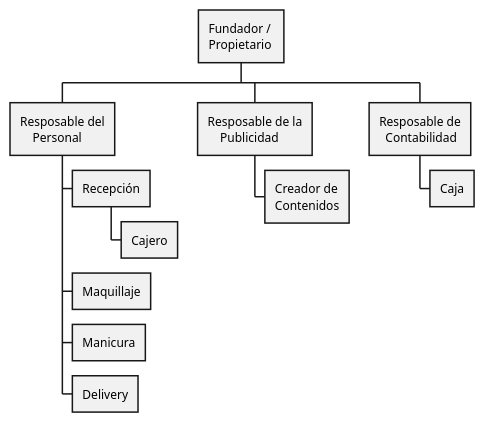
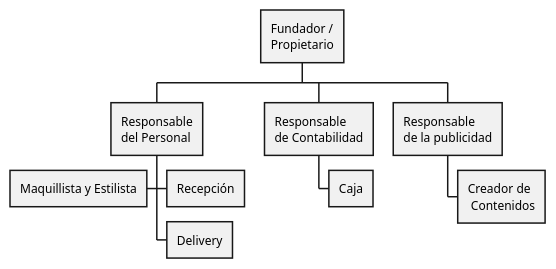
Before and after one commit to Kenny-Tinoco/galy-studio-web-system.doc: the diagram in organization-chart.puml, drawn with PlantUML. The commit also changed 1 other file, not shown here.

Commit message:
Feat: Add organization-chart.puml file
Refs: #1

```diff
--- a/organization-chart.puml
+++ b/organization-chart.puml
@@ -1,15 +1,14 @@
 @startwbs
 skinparam BackgroundColor transparent
 
-* Fundador / \nPropietario
-** Resposable del\n    Personal
+* Fundador /\nPropietario
+** Responsable\ndel Personal
 *** Recepción
-**** Cajero
-*** Maquillaje
-*** Manicura
+***< Maquillista y Estilista
 *** Delivery
-** Resposable de la\n    Publicidad
-*** Creador de\nContenidos
-** Resposable de\n  Contabilidad
+** Responsable\nde Contabilidad
 *** Caja
-@endwbs
+** Responsable\nde la publicidad
+*** Creador de\n Contenidos
+
+@endwb
```
